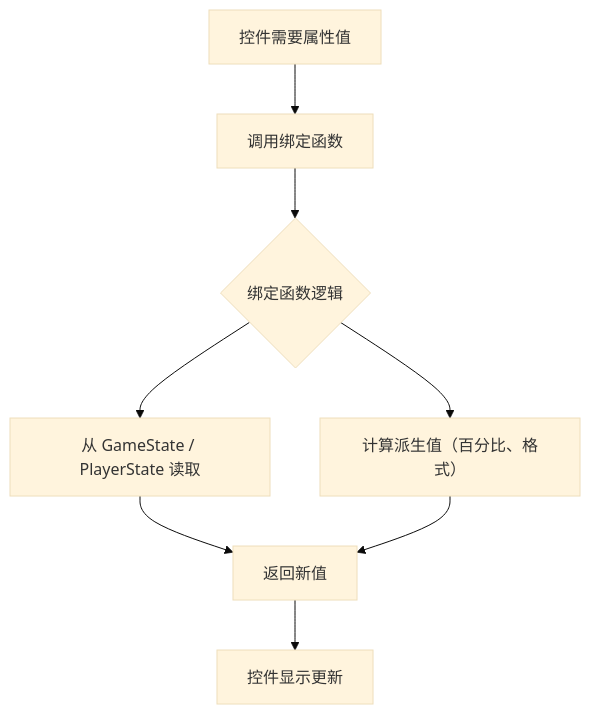
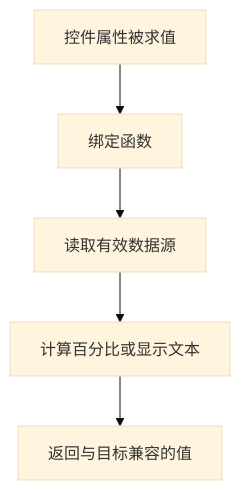
One commit to fantuan812/learning changed the second of 6 diagrams in 知识/05-Gameplay与交互系统/界面设置与无障碍/02-UI数据绑定与MVVM.md. Above: the diagram before and after it, drawn with Mermaid (base theme). The commit also changed other lines of this file and 2 other files, not shown here.

````diff
--- a/知识/05-Gameplay与交互系统/界面设置与无障碍/02-UI数据绑定与MVVM.md
+++ b/知识/05-Gameplay与交互系统/界面设置与无障碍/02-UI数据绑定与MVVM.md
@@ -81,10 +69,7 @@
 ```mermaid
 flowchart TD
-    A[控件需要属性值] --> B[调用绑定函数]
-    B --> C{绑定函数逻辑}
-    C --> D[从 GameState / PlayerState 读取]
-    C --> E[计算派生值（百分比、格式）]
-    D --> F[返回新值]
-    E --> F
-    F --> G[控件显示更新]
+    A[控件属性被求值] --> B[绑定函数]
+    B --> C[读取有效数据源]
+    C --> D[计算百分比或显示文本]
+    D --> E[返回与目标兼容的值]
 ```
````
